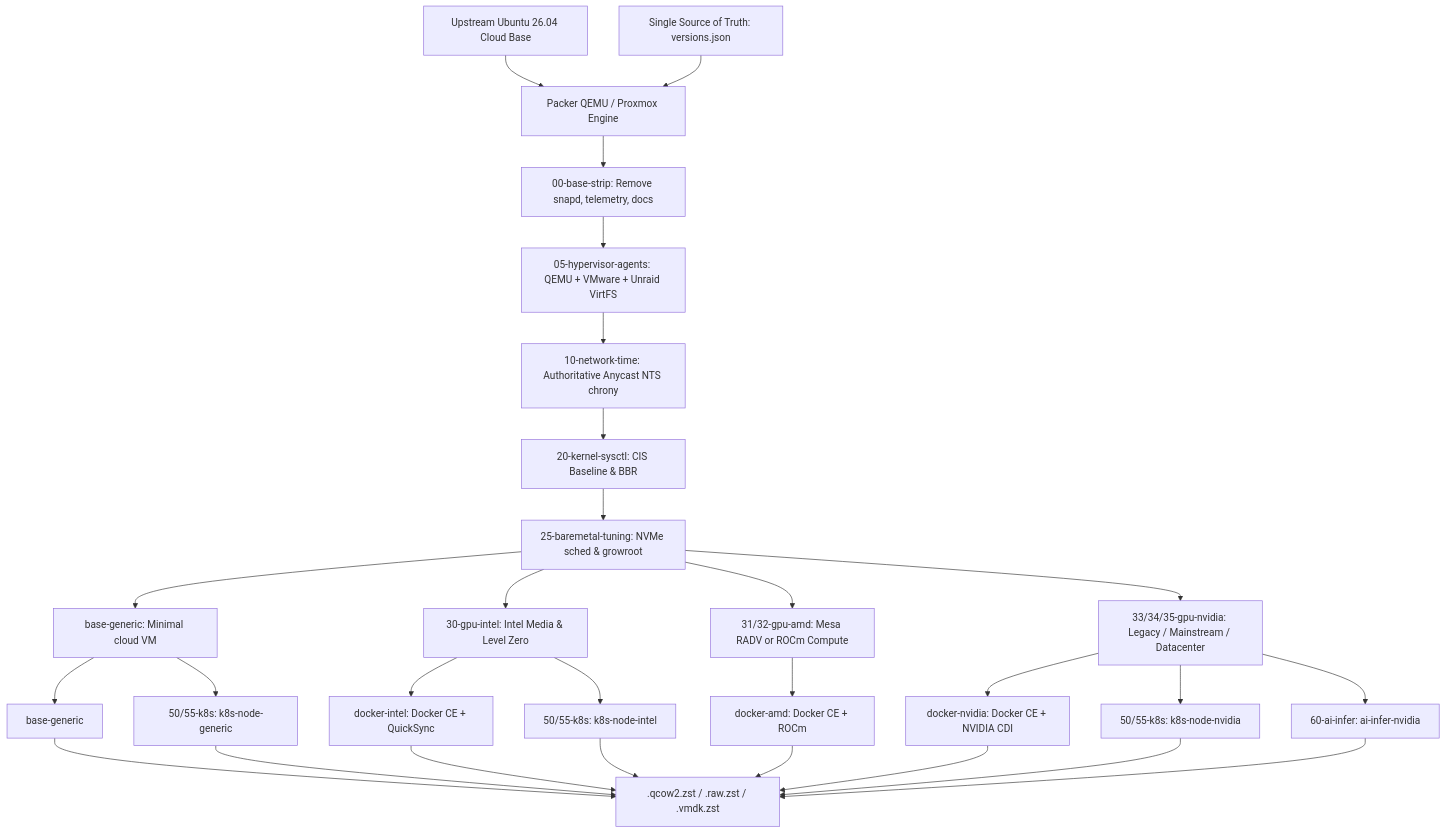
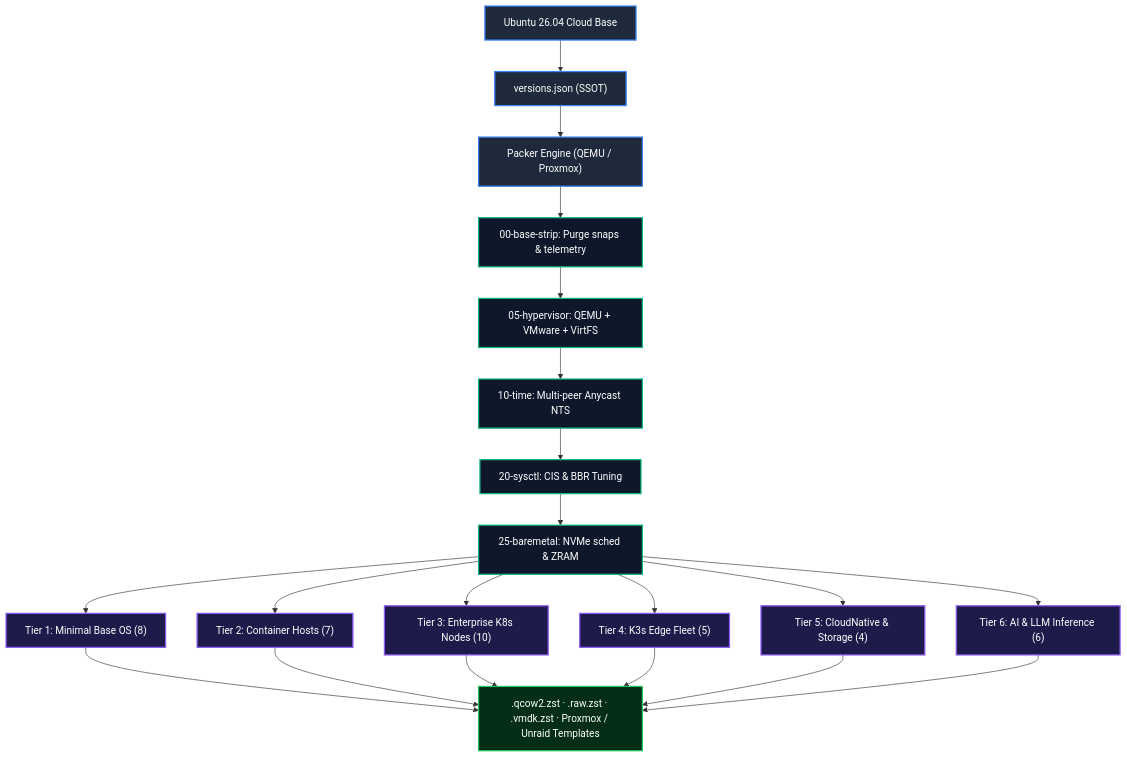
Before and after one commit to lusoris/lusoris-cloud-images: the diagram in README.md, drawn with Mermaid. The commit also changed other lines of this file and 4 other files, not shown here.

````diff
--- a/README.md
+++ b/README.md
@@ -32,34 +49,25 @@
 ```mermaid
 graph TD
-    A[Upstream Ubuntu 26.04 Cloud Base] --> B[Packer QEMU / Proxmox Engine]
-    SSOT[Single Source of Truth: versions.json] --> B
+    classDef base fill:#1e293b,stroke:#3b82f6,stroke-width:2px,color:#fff;
+    classDef stage fill:#0f172a,stroke:#10b981,stroke-width:2px,color:#fff;
+    classDef target fill:#1e1b4b,stroke:#8b5cf6,stroke-width:2px,color:#fff;
+    classDef out fill:#052e16,stroke:#22c55e,stroke-width:2px,color:#fff;
 
-    B --> C[00-base-strip: Remove snapd, telemetry, docs]
-    C --> AG[05-hypervisor-agents: QEMU + VMware + Unraid VirtFS]
-    AG --> D[10-network-time: Authoritative Anycast NTS chrony]
-    D --> E[20-kernel-sysctl: CIS Baseline & BBR]
-    E --> BM[25-baremetal-tuning: NVMe sched & growroot]
+    A["Ubuntu 26.04 Cloud Base"]:::base --> SSOT["versions.json (SSOT)"]:::base
+    SSOT --> P["Packer Engine (QEMU / Proxmox)"]:::base
 
-    BM --> F1[base-generic: Minimal cloud VM]
-    BM --> F2[30-gpu-intel: Intel Media & Level Zero]
-    BM --> F3[31/32-gpu-amd: Mesa RADV or ROCm Compute]
-    BM --> F4[33/34/35-gpu-nvidia: Legacy / Mainstream / Datacenter]
+    P --> S0["00-base-strip: Purge snaps & telemetry"]:::stage
+    S0 --> S1["05-hypervisor: QEMU + VMware + VirtFS"]:::stage
+    S1 --> S2["10-time: Multi-peer Anycast NTS"]:::stage
+    S2 --> S3["20-sysctl: CIS & BBR Tuning"]:::stage
+    S3 --> S4["25-baremetal: NVMe sched & ZRAM"]:::stage
 
-    F1 --> W1[base-generic]
-    F2 --> W2[docker-intel: Docker CE + QuickSync]
-    F3 --> W3[docker-amd: Docker CE + ROCm]
-    F4 --> W4[docker-nvidia: Docker CE + NVIDIA CDI]
-    F1 --> K1[50/55-k8s: k8s-node-generic]
-    F2 --> K2[50/55-k8s: k8s-node-intel]
-    F4 --> K4[50/55-k8s: k8s-node-nvidia]
-    F4 --> AI[60-ai-infer: ai-infer-nvidia]
+    S4 --> T1["Tier 1: Minimal Base OS (8)"]:::target
+    S4 --> T2["Tier 2: Container Hosts (7)"]:::target
+    S4 --> T3["Tier 3: Enterprise K8s Nodes (10)"]:::target
+    S4 --> T4["Tier 4: K3s Edge Fleet (5)"]:::target
+    S4 --> T5["Tier 5: CloudNative & Storage (4)"]:::target
+    S4 --> T6["Tier 6: AI & LLM Inference (6)"]:::target
 
-    W1 --> OUT[.qcow2.zst / .raw.zst / .vmdk.zst]
-    W2 --> OUT
-    W3 --> OUT
-    W4 --> OUT
-    K1 --> OUT
-    K2 --> OUT
-    K4 --> OUT
-    AI --> OUT
+    T1 & T2 & T3 & T4 & T5 & T6 --> OUT[".qcow2.zst · .raw.zst · .vmdk.zst · Proxmox / Unraid Templates"]:::out
 ```
````
